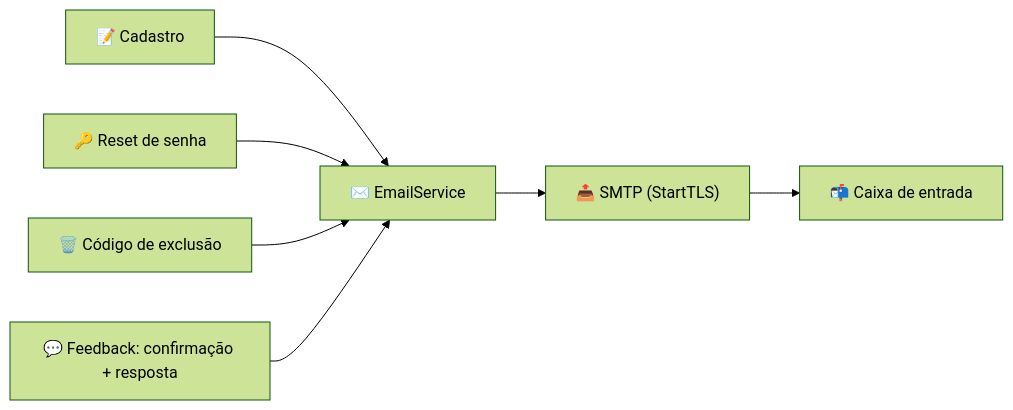
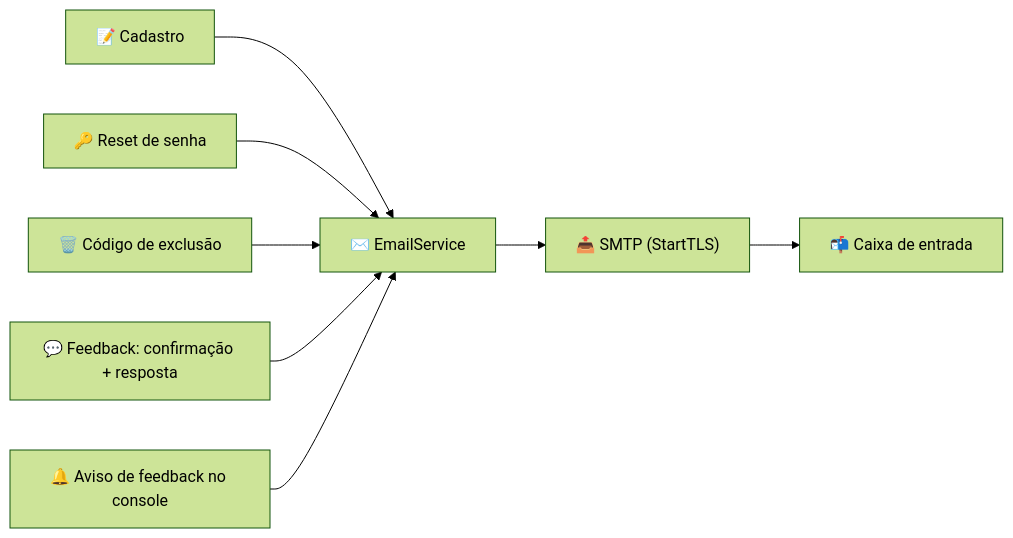
The diagram in architecture/email-service/pt.md (AndDev741/Beyou-arch-design), drawn with Mermaid (forest theme) before and after one commit. The commit also changed other lines of this file and 1 other file, not shown here.

````diff
--- a/architecture/email-service/pt.md
+++ b/architecture/email-service/pt.md
@@ -22,8 +25,9 @@
 ```mermaid
 flowchart LR
   REG["📝 Cadastro"] --> ES["✉️ EmailService"]
   PR["🔑 Reset de senha"] --> ES
   DEL["🗑️ Código de exclusão"] --> ES
   FB["💬 Feedback: confirmação + resposta"] --> ES
+  FBA["🔔 Aviso de feedback no console"] --> ES
   ES --> SMTP["📤 SMTP (StartTLS)"] --> INBOX["📬 Caixa de entrada"]
 ```
````
